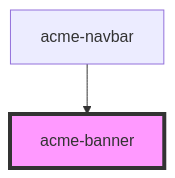
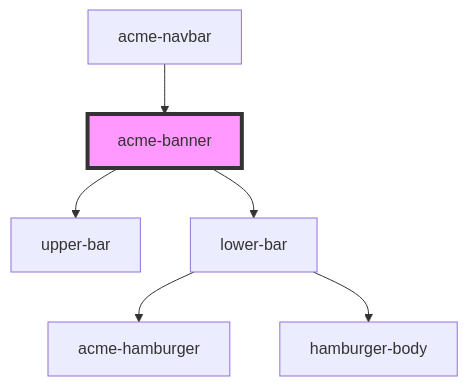
Before and after one commit to LucaArgentieri/ACME-Enterprise: the diagram in src/components/acme-banner/readme.md, drawn with Mermaid. The commit also changed other lines of this file and 7 other files, not shown here.

````diff
--- a/src/components/acme-banner/readme.md
+++ b/src/components/acme-banner/readme.md
@@ -15,5 +32,9 @@
 ```mermaid
 graph TD;
+  acme-banner --> upper-bar
+  acme-banner --> lower-bar
+  lower-bar --> acme-hamburger
+  lower-bar --> hamburger-body
   acme-navbar --> acme-banner
   style acme-banner fill:#f9f,stroke:#333,stroke-width:4px
 ```
````
